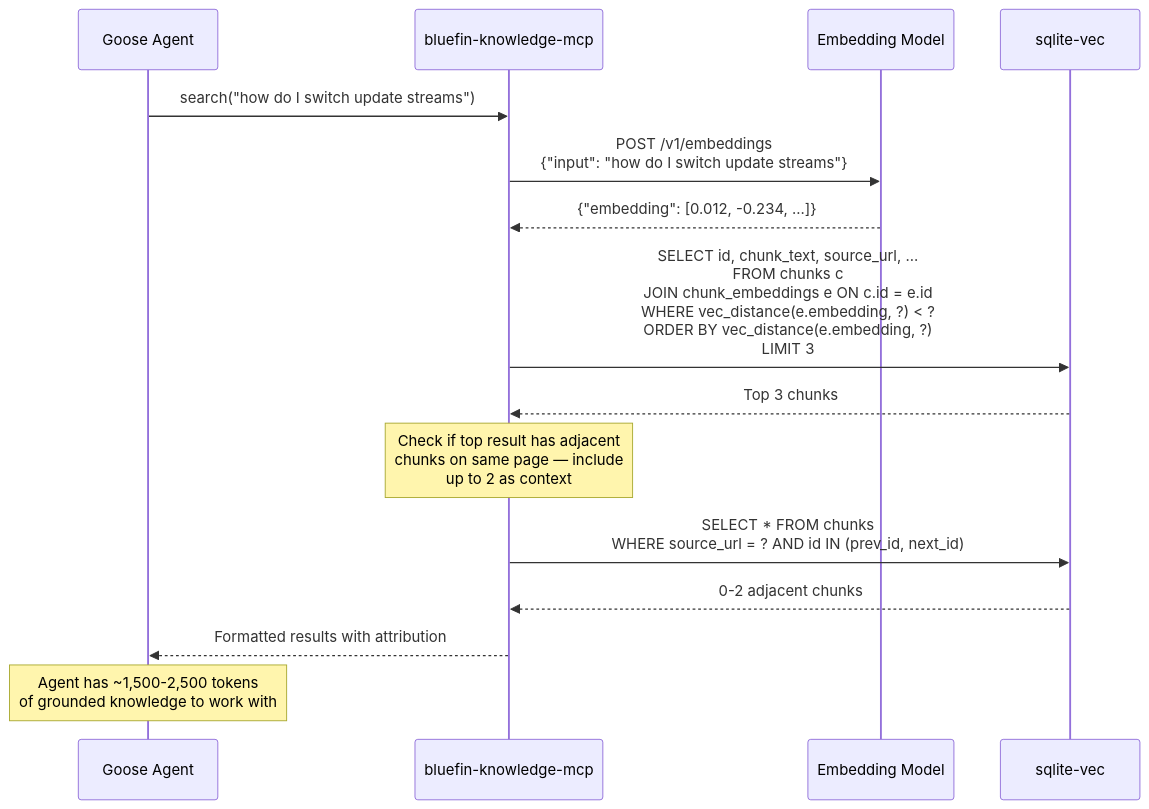
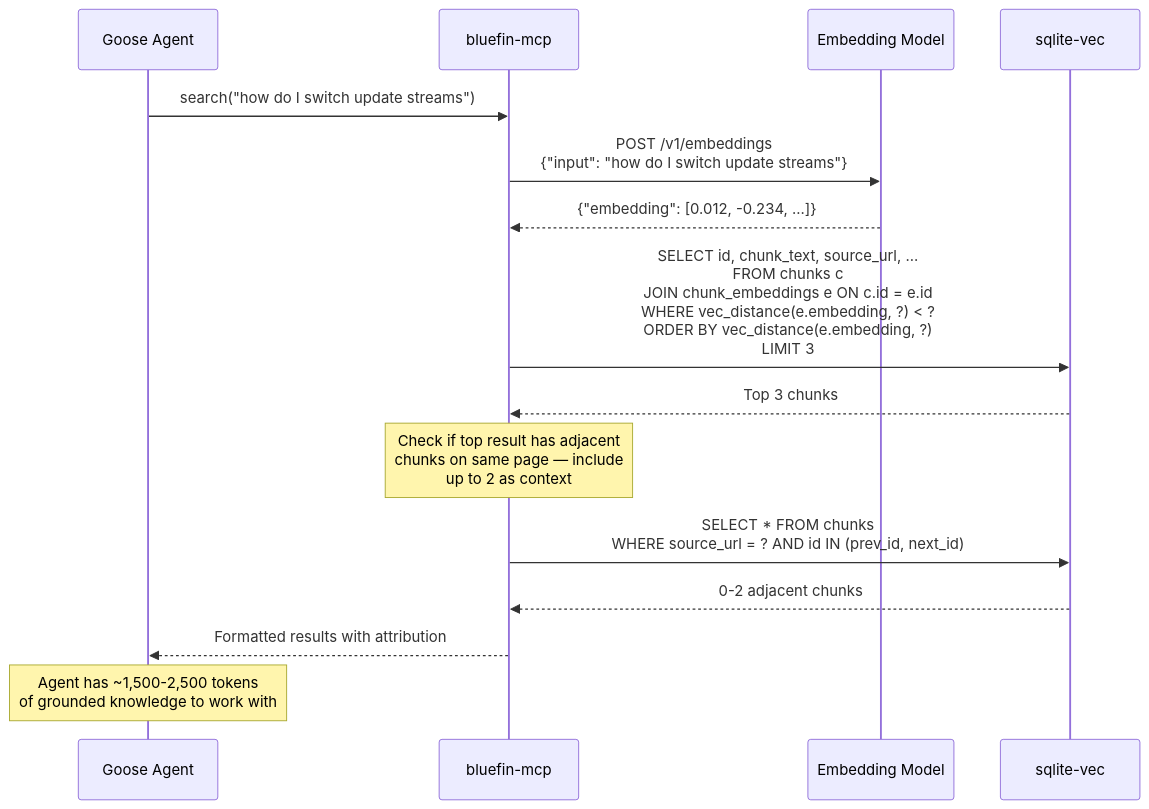
The seventh of 19 diagrams in specs/00-bluespeed-specification.md (projectbluefin/common), drawn with Mermaid before and after one commit. The commit also changed other lines of this file, not shown here.

First line of the commit message:
spec: Integrate bluefin-mcp as first-class component, consolidate knowledge layer (v0.2)

````diff
--- a/specs/00-bluespeed-specification.md
+++ b/specs/00-bluespeed-specification.md
@@ -887,23 +953,23 @@
 ```mermaid
 sequenceDiagram
     participant G as Goose Agent
-    participant MCP as bluefin-knowledge-mcp
+    participant MCP as bluefin-mcp
     participant EMB as Embedding Model
     participant DB as sqlite-vec
 
     G->>MCP: search("how do I switch update streams")
     MCP->>EMB: POST /v1/embeddings<br/>{"input": "how do I switch update streams"}
     EMB-->>MCP: {"embedding": [0.012, -0.234, ...]}
 
     MCP->>DB: SELECT id, chunk_text, source_url, ...<br/>FROM chunks c<br/>JOIN chunk_embeddings e ON c.id = e.id<br/>WHERE vec_distance(e.embedding, ?) < ?<br/>ORDER BY vec_distance(e.embedding, ?)<br/>LIMIT 3
     DB-->>MCP: Top 3 chunks
 
     Note over MCP: Check if top result has adjacent<br/>chunks on same page — include<br/>up to 2 as context
 
     MCP->>DB: SELECT * FROM chunks<br/>WHERE source_url = ? AND id IN (prev_id, next_id)
     DB-->>MCP: 0-2 adjacent chunks
 
     MCP-->>G: Formatted results with attribution
 
     Note over G: Agent has ~1,500-2,500 tokens<br/>of grounded knowledge to work with
 ```
````
